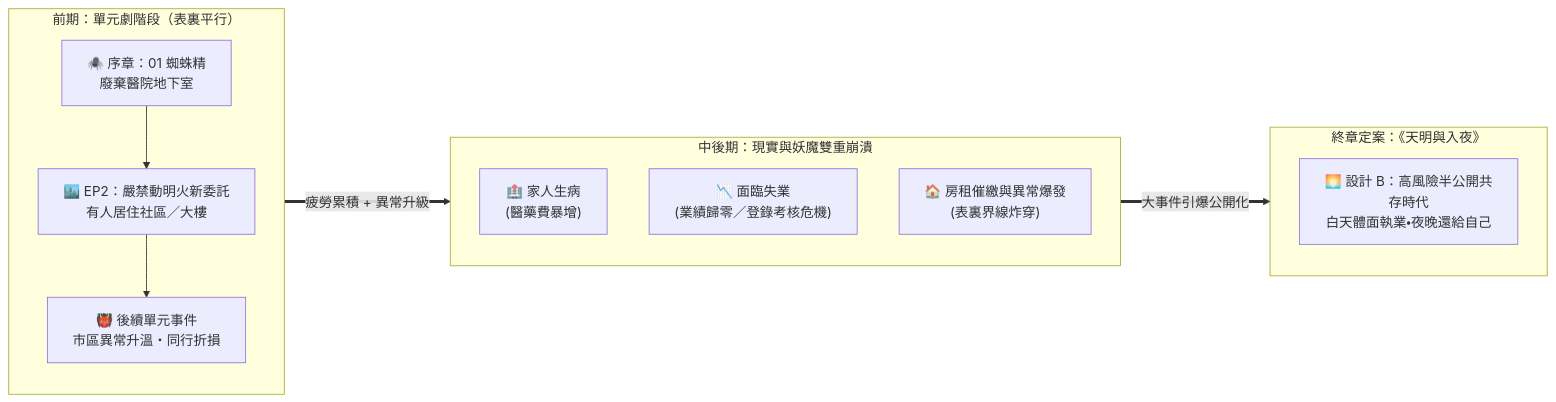
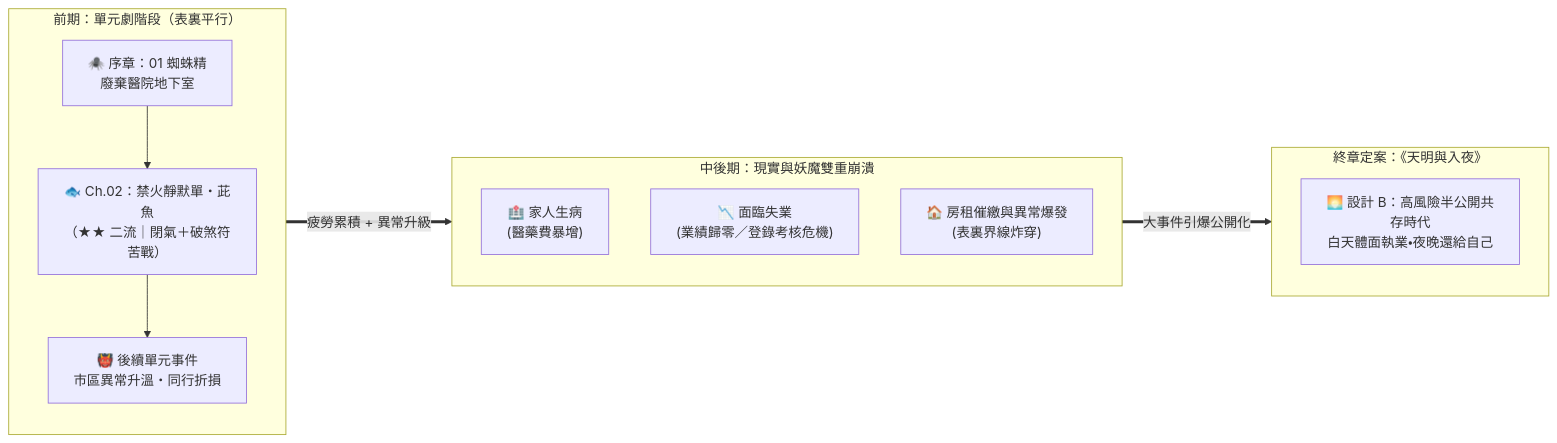
One commit to wuharry/urban-exorcist-chronicles changed the third of 3 diagrams in 設定集/00-公式書總覽與世界觀.md. Above: the diagram before and after it, drawn with Mermaid. The commit also changed 2 other files, not shown here.

Commit message:
於官方公式書定案閉氣訣禁言規則、基礎三符（烈火／鎮宅／破煞符）與第二戰對手茈魚（二流）

````diff
--- a/設定集/00-公式書總覽與世界觀.md
+++ b/設定集/00-公式書總覽與世界觀.md
@@ -61,19 +61,19 @@
 ```mermaid
 flowchart LR
     subgraph S1["前期：單元劇階段（表裏平行）"]
-        E1["🕷️ 序章：01 蜘蛛精<br/>廢棄醫院地下室"] --> E2["🏙️ EP2：嚴禁動明火新委託<br/>有人居住社區／大樓"] --> E3["👹 後續單元事件<br/>市區異常升溫・同行折損"]
+        E1["🕷️ 序章：01 蜘蛛精<br/>廢棄醫院地下室"] --> E2["🐟 Ch.02：禁火靜默單・茈魚<br/>（★★ 二流｜閉氣＋破煞符苦戰）"] --> E3["👹 後續單元事件<br/>市區異常升溫・同行折損"]
     end
 
     subgraph S2["中後期：現實與妖魔雙重崩潰"]
         P1["🏥 家人生病<br/>(醫藥費暴增)"]
         P2["📉 面臨失業<br/>(業績歸零／登錄考核危機)"]
         P3["🏠 房租催繳與異常爆發<br/>(表裏界線炸穿)"]
     end
 
     subgraph S3["終章定案：《天明與入夜》"]
         END["🌅 設計 B：高風險半公開共存時代<br/>白天體面執業・夜晚還給自己"]
     end
 
     S1 ==>|疲勞累積 + 異常升級| S2
     S2 ==>|大事件引爆公開化| S3
 ```
````
